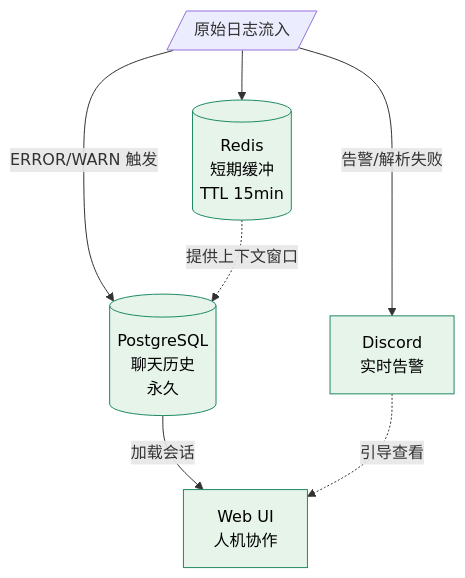
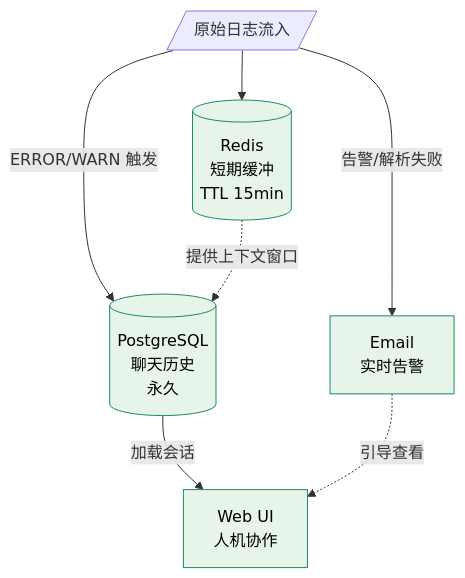
Before and after one commit to fanqingsong/AI_Agent-Log_Analyzer: the fifth of 5 diagrams in BUSINESS_LOGIC.md, drawn with Mermaid. The commit also changed other lines of this file and 12 other files, not shown here.

First line of the commit message:
Switch alert channel from Discord webhook to SMTP email

````diff
--- a/BUSINESS_LOGIC.md
+++ b/BUSINESS_LOGIC.md
@@ -244,17 +244,17 @@
 ```mermaid
 graph TD
     classDef store fill:#e6f4ea,stroke:#1f8a65,color:#000
 
     LOG[/"原始日志流入"/]
     R[("Redis<br/>短期缓冲<br/>TTL 15min")]:::store
     PG[("PostgreSQL<br/>聊天历史<br/>永久")]:::store
-    D["Discord<br/>实时告警"]:::store
+    D["Email<br/>实时告警"]:::store
     UI2["Web UI<br/>人机协作"]:::store
 
     LOG --> R
     LOG -->|"ERROR/WARN 触发"| PG
     R -.->|"提供上下文窗口"| PG
     LOG -->|"告警/解析失败"| D
     PG -->|"加载会话"| UI2
     D -.->|"引导查看"| UI2
 ```
````
